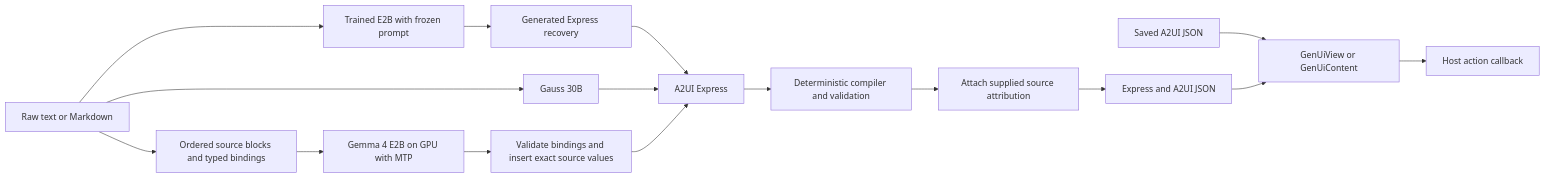
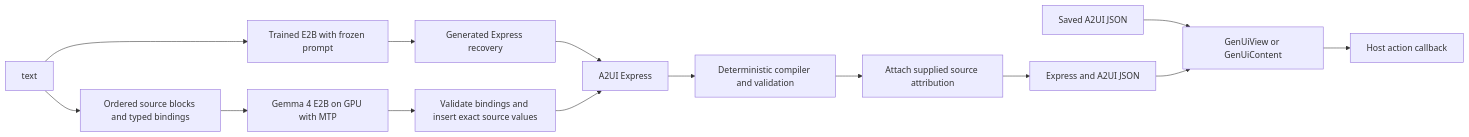
One commit to anup42/A2UI changed the diagram in GenUICraft/README.md. Above: the diagram before and after it, drawn with Mermaid. The commit also changed other lines of this file and 3520 other files, not shown here.

````diff
--- a/GenUICraft/README.md
+++ b/GenUICraft/README.md
@@ -9,18 +9,16 @@
 ```mermaid
 flowchart LR
-  text[Raw text or Markdown] --> gauss[Gauss 30B]
   text --> trained[Trained E2B with frozen prompt]
   trained --> recovery[Generated Express recovery]
-  recovery --> express
+  recovery --> express[A2UI Express]
   text --> bindings[Ordered source blocks and typed bindings]
   bindings --> gemma[Gemma 4 E2B on GPU with MTP]
-  gauss --> express[A2UI Express]
   gemma --> bind[Validate bindings and insert exact source values]
   bind --> express
   express --> compiler[Deterministic compiler and validation]
   compiler --> attribution[Attach supplied source attribution]
   attribution --> document[Express and A2UI JSON]
   saved[Saved A2UI JSON] --> renderer[GenUiView or GenUiContent]
   document --> renderer
   renderer --> host[Host action callback]
 ```
````
